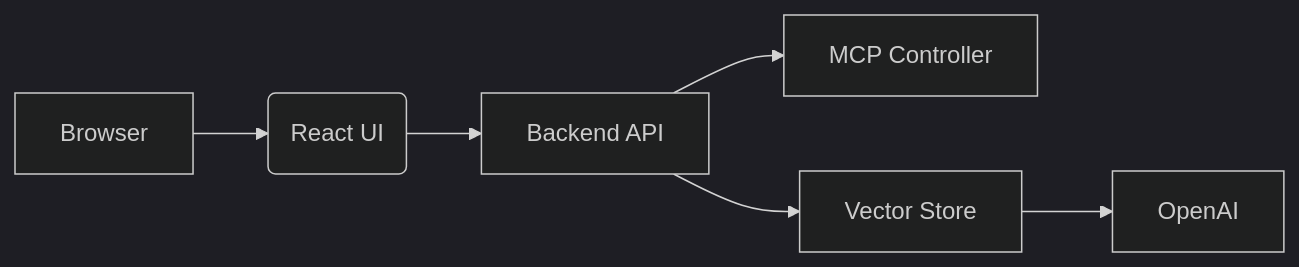
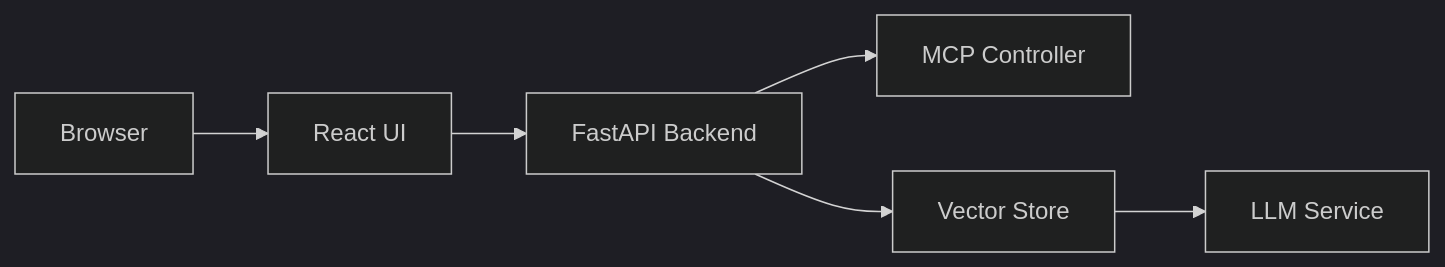
Before and after one commit to tarsonis125/mcp-crawl4ai-rag-ChromaDB-V1: the diagram in docs/docs/getting-started.md, drawn with Mermaid (dark theme). The commit also changed other lines of this file and 1 other file, not shown here.

Commit message:
fix(docs): correct Getting Started and properly mount docs service

````diff
--- a/docs/docs/getting-started.md
+++ b/docs/docs/getting-started.md
@@ -62,8 +58,8 @@
 ```mermaid
 graph LR
-  A[Browser] --> B(React UI)
-  B --> C[Backend API]
-  C --> D[MCP Controller]
-  C --> E[Vector Store]
-  E --> F[OpenAI]
+  Browser --> UI[React UI]
+  UI --> API[FastAPI Backend]
+  API --> MCP[MCP Controller]
+  API --> VS[Vector Store]
+  VS --> LLM[LLM Service]
 ```
````
